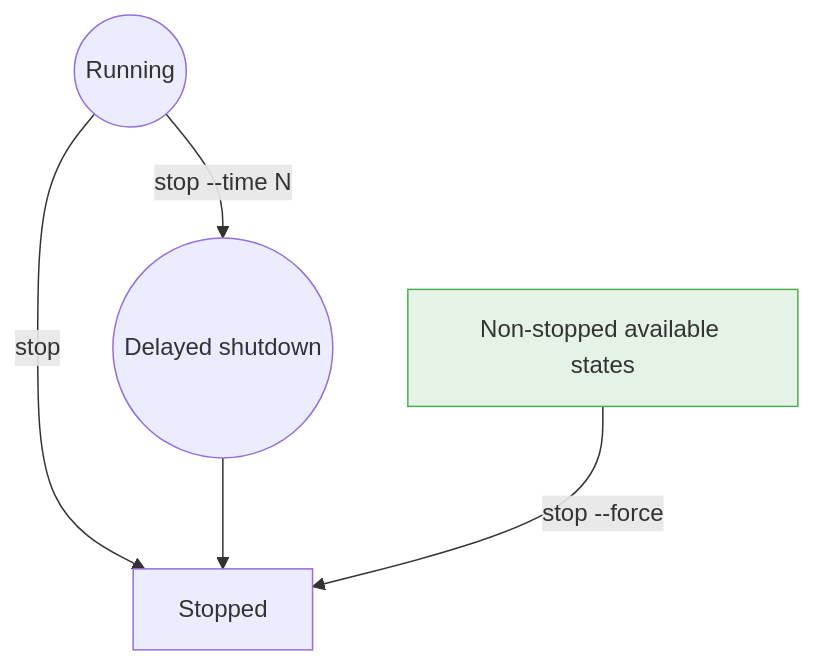
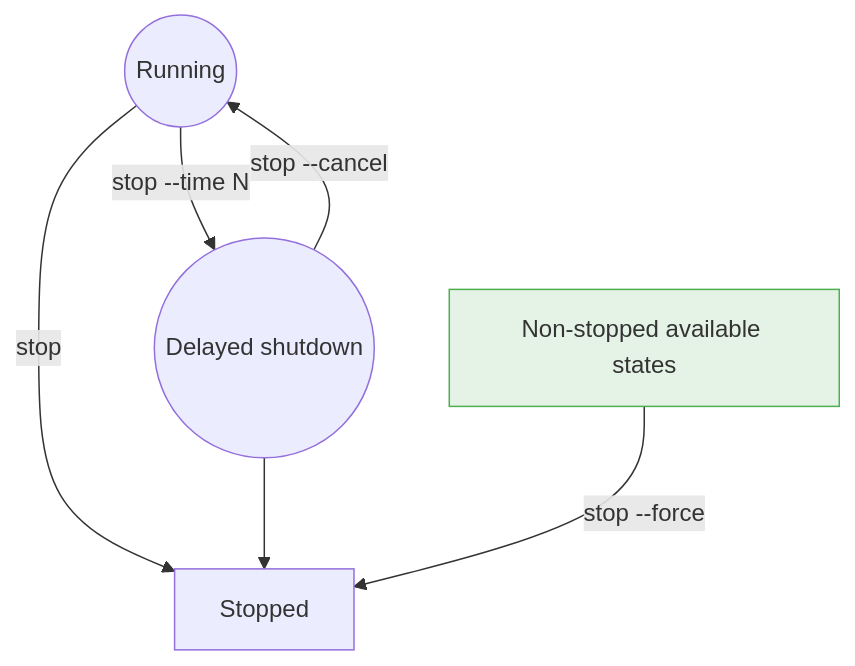
The fifth of 8 diagrams in docs/explanation/state-transitions.md (canonical/multipass), drawn with Mermaid before and after one commit. The commit also changed other lines of this file, not shown here.

````diff
--- a/docs/explanation/state-transitions.md
+++ b/docs/explanation/state-transitions.md
@@ -85,9 +137,10 @@
 ```{mermaid}
 flowchart TB
     Running((Running)) -->|"stop --time N"| Delayed((Delayed shutdown))
     Running -->|stop| Stopped[Stopped]
     Delayed --> Stopped
+    Delayed -->|"stop --cancel"| Running
     NonStopped["Non-stopped available states"] -->|"stop --force"| Stopped
 
     style NonStopped fill:#4caf50,fill-opacity:0.15,stroke:#4caf50
 ```
````
